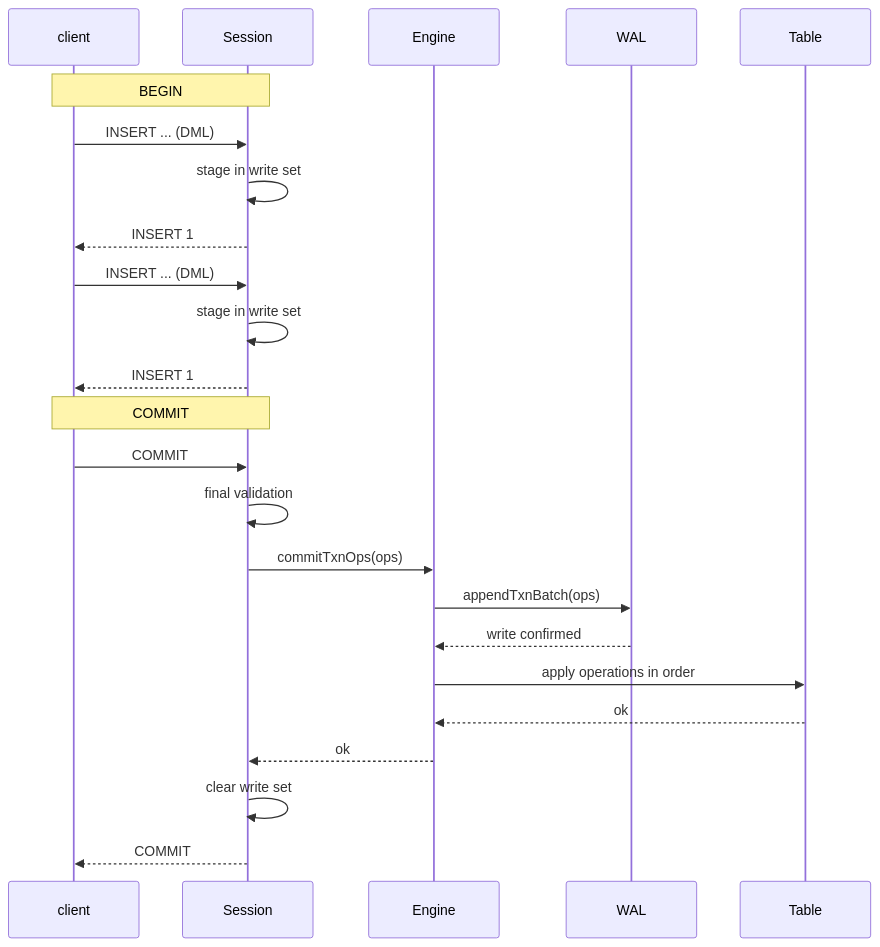
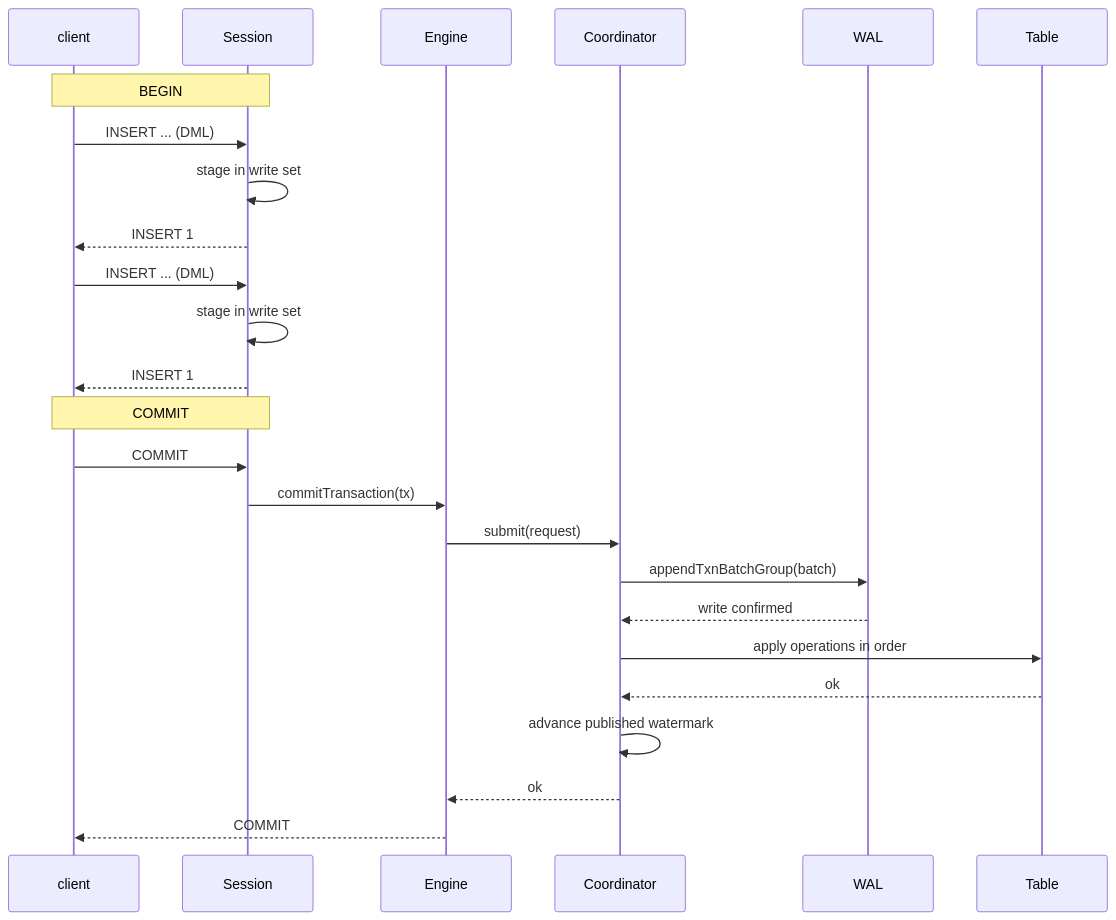
Before and after one commit to viloris-org/Pico: the second of 3 diagrams in docs/architecture/write-path.md, drawn with Mermaid. The commit also changed other lines of this file and 14 other files, not shown here.

First line of the commit message:
feat(commit): implement single-writer commit coordinator with group commit

````diff
--- a/docs/architecture/write-path.md
+++ b/docs/architecture/write-path.md
@@ -88,26 +89,27 @@
 ```mermaid
 sequenceDiagram
     participant C as client
     participant S as Session
     participant E as Engine
+    participant K as Coordinator
     participant W as WAL
     participant T as Table
     Note over C,S: BEGIN
     C->>S: INSERT ... (DML)
     S->>S: stage in write set
     S-->>C: INSERT 1
     C->>S: INSERT ... (DML)
     S->>S: stage in write set
     S-->>C: INSERT 1
     Note over C,S: COMMIT
     C->>S: COMMIT
-    S->>S: final validation
-    S->>E: commitTxnOps(ops)
-    E->>W: appendTxnBatch(ops)
-    W-->>E: write confirmed
-    E->>T: apply operations in order
-    T-->>E: ok
-    E-->>S: ok
-    S->>S: clear write set
-    S-->>C: COMMIT
+    S->>E: commitTransaction(tx)
+    E->>K: submit(request)
+    K->>W: appendTxnBatchGroup(batch)
+    W-->>K: write confirmed
+    K->>T: apply operations in order
+    T-->>K: ok
+    K->>K: advance published watermark
+    K-->>E: ok
+    E-->>C: COMMIT
 ```
````
